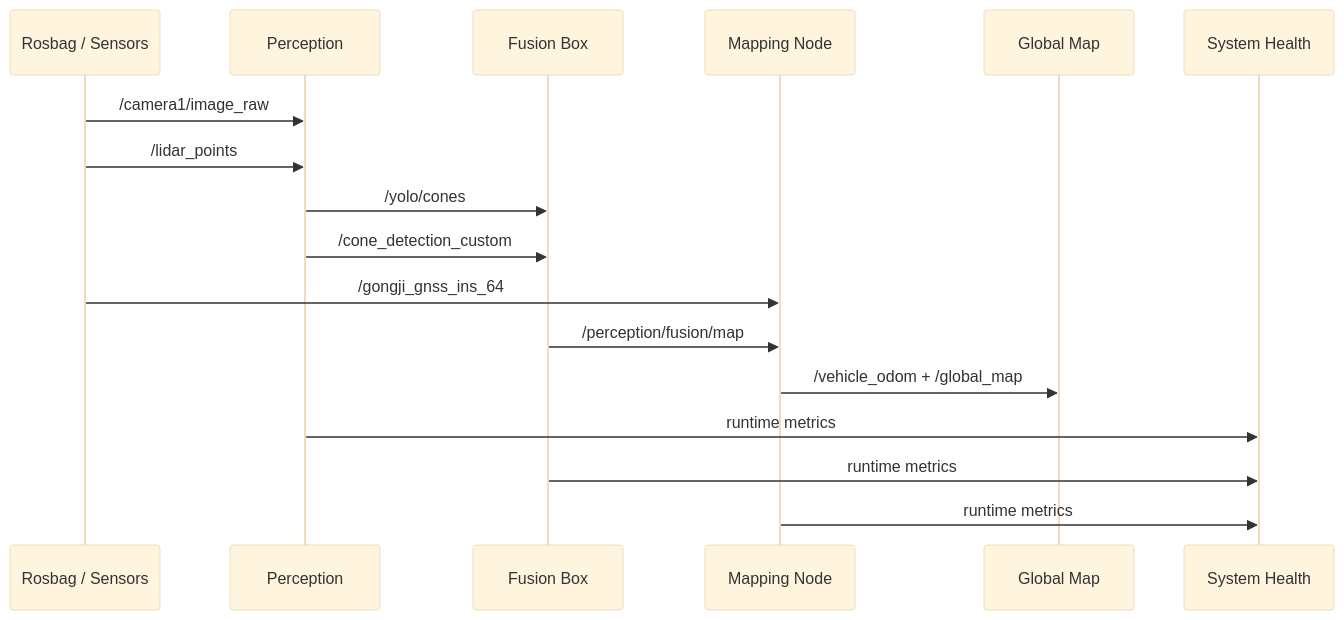
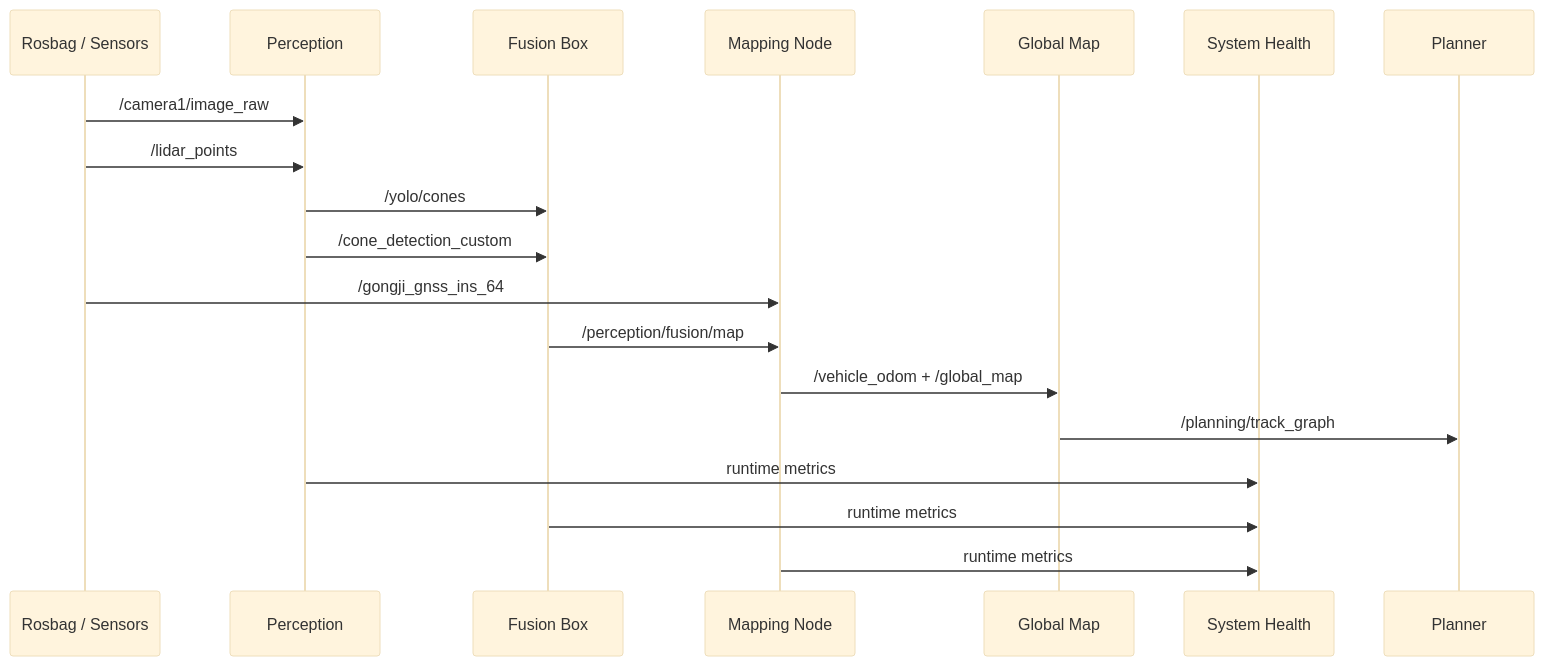
The second of 2 diagrams in README.md (yupengsky/RacingBrain), drawn with Mermaid (base theme) before and after one commit. The commit also changed other lines of this file and 3 other files, not shown here.

````diff
--- a/README.md
+++ b/README.md
@@ -53,20 +76,21 @@
 ```mermaid
 sequenceDiagram
     participant Bag as Rosbag / Sensors
     participant Perception as Perception
     participant Fusion as Fusion Box
     participant Mapper as Mapping Node
     participant Map as Global Map
     participant Health as System Health
 
     Bag->>Perception: /camera1/image_raw
     Bag->>Perception: /lidar_points
     Perception->>Fusion: /yolo/cones
     Perception->>Fusion: /cone_detection_custom
     Bag->>Mapper: /gongji_gnss_ins_64
     Fusion->>Mapper: /perception/fusion/map
     Mapper->>Map: /vehicle_odom + /global_map
+    Map->>Planner: /planning/track_graph
     Perception->>Health: runtime metrics
     Fusion->>Health: runtime metrics
     Mapper->>Health: runtime metrics
 ```
````
